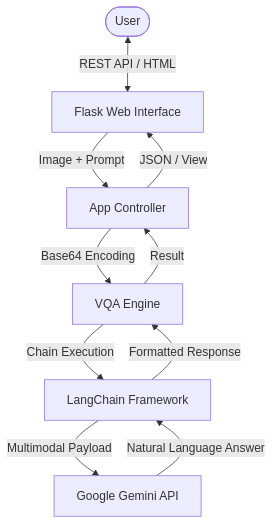
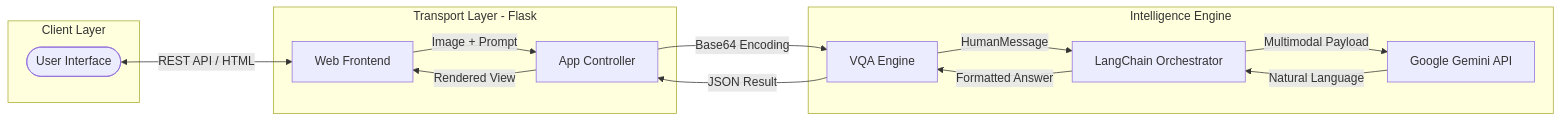
The first of 2 diagrams in README.md (Nikhil383/Visual_Question_Answer), drawn with Mermaid before and after one commit. The commit also changed other lines of this file and 6 other files, not shown here.

Commit message:
architecture in readme

````diff
--- a/README.md
+++ b/README.md
@@ -34,12 +34,27 @@
 ```mermaid
-graph TD
-    User([User]) <-->|REST API / HTML| UI[Flask Web Interface]
-    UI -->|Image + Prompt| App[App Controller]
-    App -->|Base64 Encoding| Engine[VQA Engine]
-    Engine -->|Chain Execution| LangChain[LangChain Framework]
-    LangChain -->|Multimodal Payload| Gemini[Google Gemini API]
-    Gemini -->|Natural Language Answer| LangChain
-    LangChain -->|Formatted Response| Engine
-    Engine -->|Result| App
-    App -->|JSON / View| UI
+graph LR
+    subgraph Client_Layer [Client Layer]
+        User([User Interface])
+    end
+
+    subgraph Transport_Layer [Transport Layer - Flask]
+        UI[Web Frontend]
+        App[App Controller]
+    end
+
+    subgraph Intelligence_Layer [Intelligence Engine]
+        Engine[VQA Engine]
+        LangChain[LangChain Orchestrator]
+        Gemini[Google Gemini API]
+    end
+
+    User <-->|REST API / HTML| UI
+    UI -->|Image + Prompt| App
+    App -->|Base64 Encoding| Engine
+    Engine -->|HumanMessage| LangChain
+    LangChain -->|Multimodal Payload| Gemini
+    Gemini -->|Natural Language| LangChain
+    LangChain -->|Formatted Answer| Engine
+    Engine -->|JSON Result| App
+    App -->|Rendered View| UI
 ```
````
